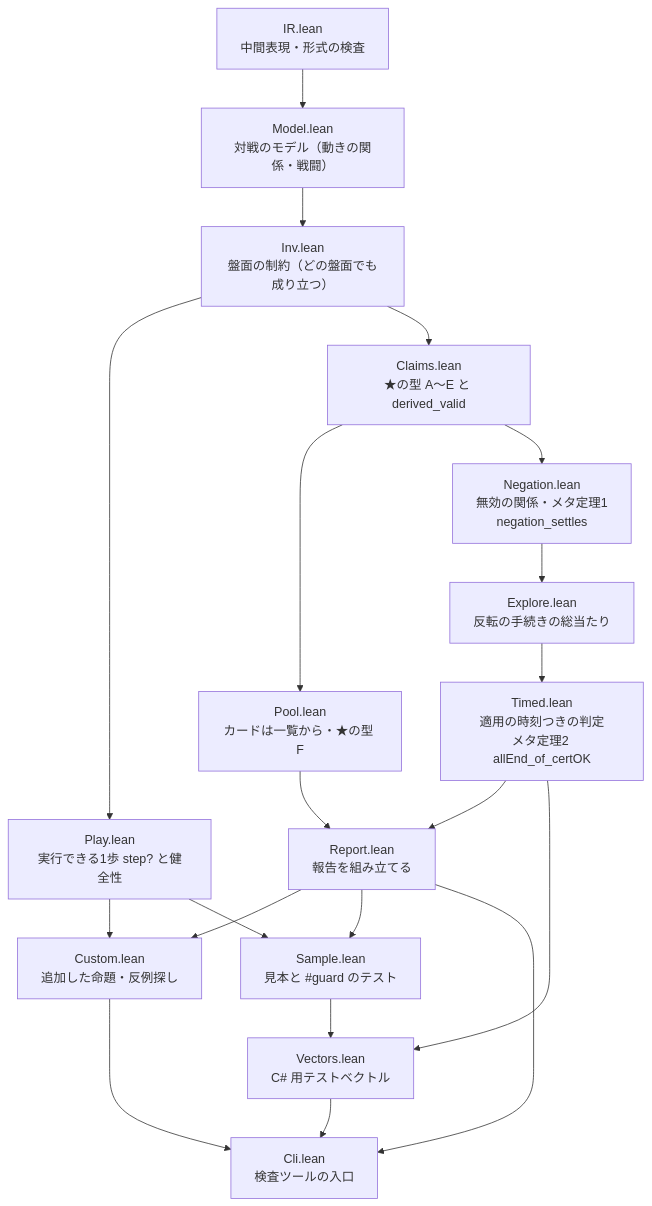
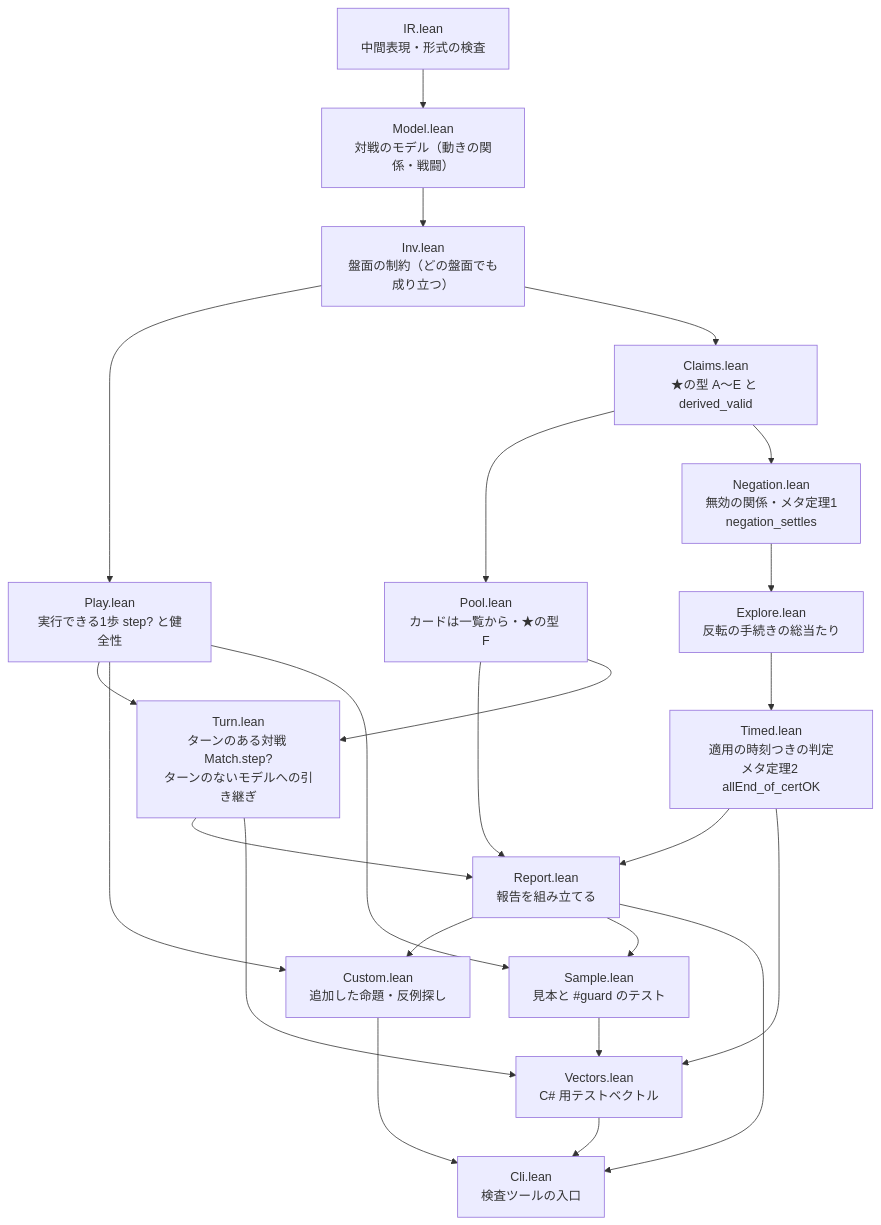
One commit to kotatu0047/yuugi-lean changed the second of 6 diagrams in アーキテクチャ.md. Above: the diagram before and after it, drawn with Mermaid. The commit also changed other lines of this file and 24 other files, not shown here.

````diff
--- a/アーキテクチャ.md
+++ b/アーキテクチャ.md
@@ -53,34 +53,39 @@
 ```mermaid
 flowchart TB
   IR["IR.lean<br/>中間表現・形式の検査"]
   Model["Model.lean<br/>対戦のモデル（動きの関係・戦闘）"]
   Inv["Inv.lean<br/>盤面の制約（どの盤面でも成り立つ）"]
   Play["Play.lean<br/>実行できる1歩 step? と健全性"]
   Claims["Claims.lean<br/>★の型 A〜E と derived_valid"]
   Pool["Pool.lean<br/>カードは一覧から・★の型 F"]
+  Turn["Turn.lean<br/>ターンのある対戦 Match.step?<br/>ターンのないモデルへの引き継ぎ"]
   Negation["Negation.lean<br/>無効の関係・メタ定理1<br/>negation_settles"]
   Explore["Explore.lean<br/>反転の手続きの総当たり"]
   Timed["Timed.lean<br/>適用の時刻つきの判定<br/>メタ定理2 allEnd_of_certOK"]
   Report["Report.lean<br/>報告を組み立てる"]
   Custom["Custom.lean<br/>追加した命題・反例探し"]
   Sample["Sample.lean<br/>見本と #guard のテスト"]
   Vectors["Vectors.lean<br/>C# 用テストベクトル"]
   Cli["Cli.lean<br/>検査ツールの入口"]
 
   IR --> Model --> Inv
   Inv --> Play
   Inv --> Claims
   Claims --> Pool
   Claims --> Negation --> Explore --> Timed
   Timed --> Report
   Pool --> Report
+  Play --> Turn
+  Pool --> Turn
+  Turn --> Report
+  Turn --> Vectors
   Play --> Custom
   Report --> Custom
   Report --> Sample
   Play --> Sample
   Sample --> Vectors
   Timed --> Vectors
   Report --> Cli
   Custom --> Cli
   Vectors --> Cli
 ```
````
